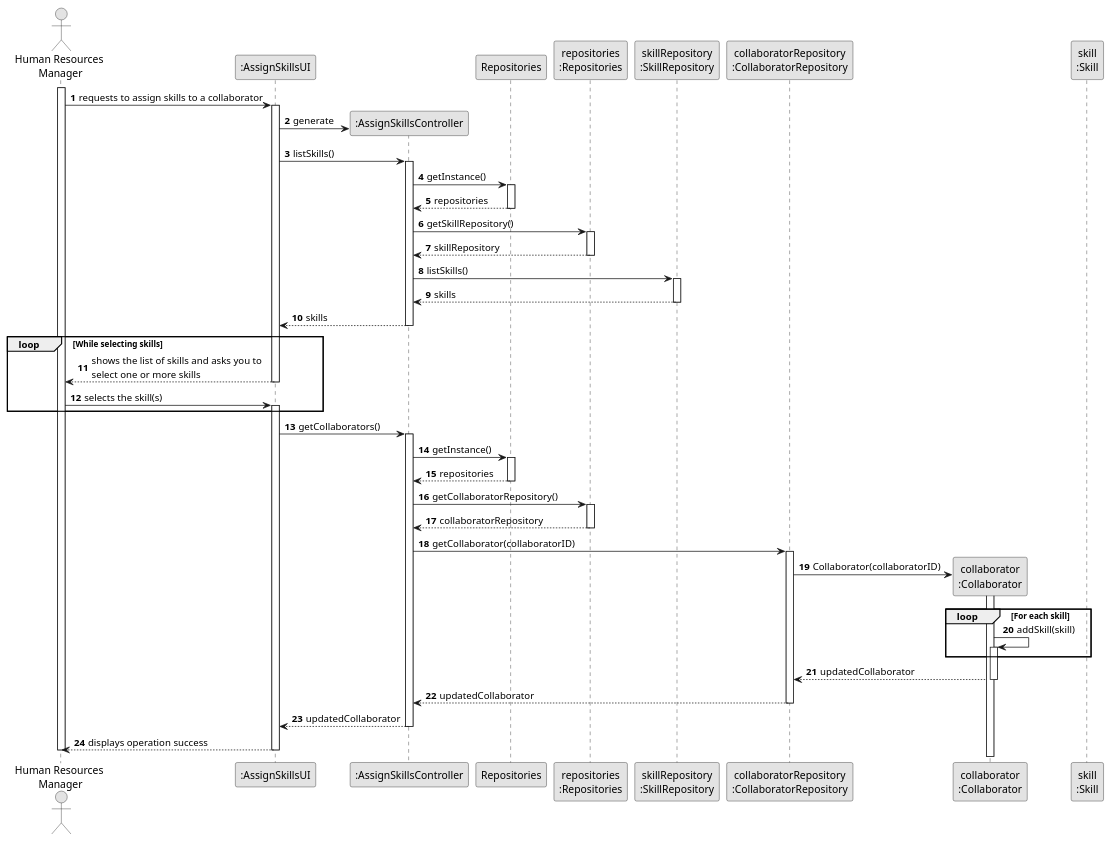
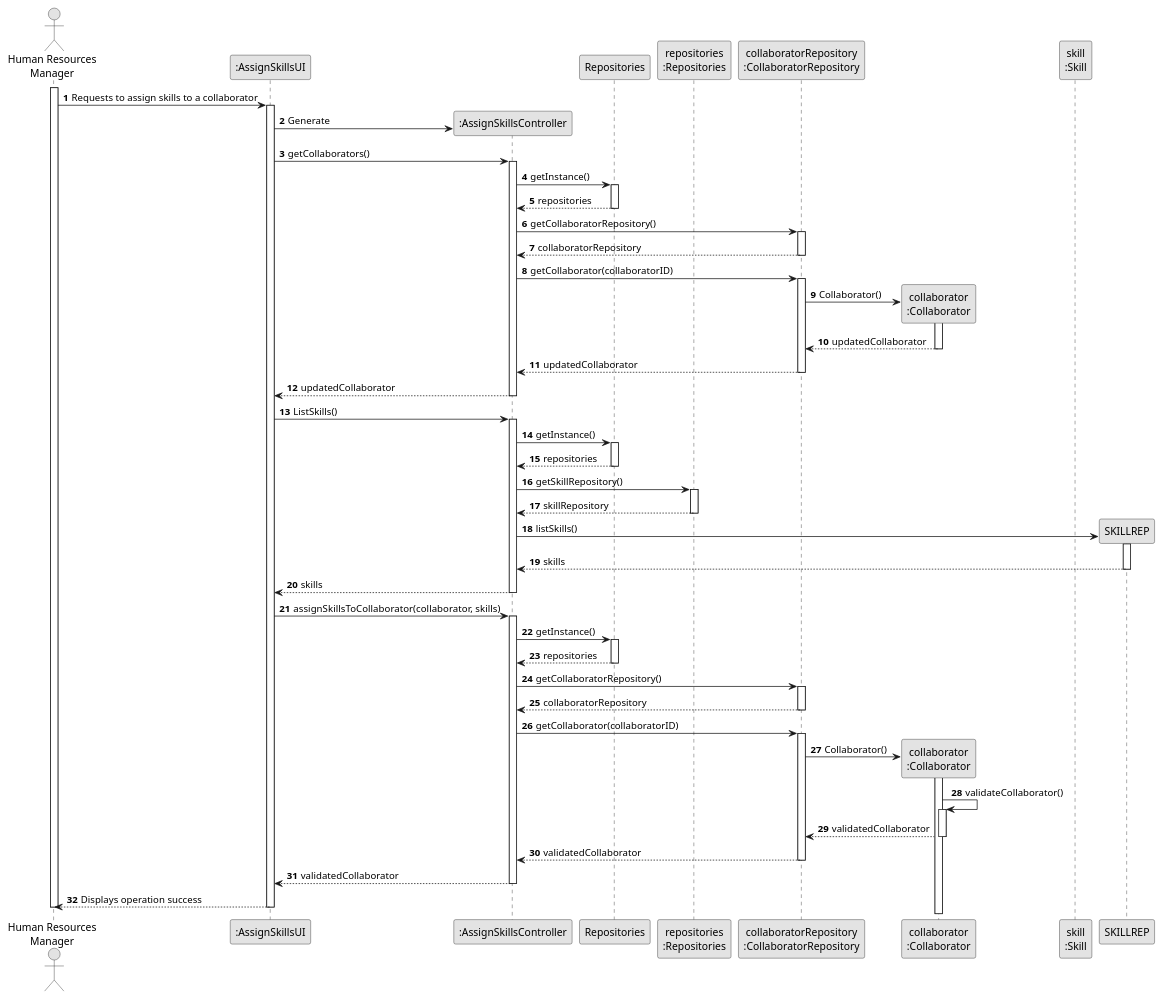
Before and after one commit to diogoveirospro/lei-24-s2-1dg-g072: the diagram in docs/sprintB/us004/03.design/puml/us004-sequence-diagram-full.puml, drawn with PlantUML.

Commit message:
US004 full diagram

```diff
--- a/docs/sprintB/us004/03.design/puml/us004-sequence-diagram-full.puml
+++ b/docs/sprintB/us004/03.design/puml/us004-sequence-diagram-full.puml
@@ -1,96 +1,118 @@
 @startuml
 skinparam monochrome true
 skinparam packageStyle rectangle
 skinparam shadowing false
 
 autonumber
 
-actor "Human Resources\n Manager" as HRM
+actor "Human Resources\nManager" as HRM
 participant ":AssignSkillsUI" as UI
 participant ":AssignSkillsController" as CTRL
 participant Repositories
 participant "repositories\n:Repositories" as REP
-participant "skillRepository\n:SkillRepository" as SKILLREP
 participant "collaboratorRepository\n:CollaboratorRepository" as COLREP
 participant "collaborator\n:Collaborator" as COLLAB
 participant "skill\n:Skill" as SKILL
 
 activate HRM
 
-HRM -> UI : requests to assign skills to a collaborator
+HRM -> UI : Requests to assign skills to a collaborator
 activate UI
 
-UI -> CTRL** : generate
+UI -> CTRL** : Generate
 
-UI -> CTRL : listSkills()
+UI -> CTRL: getCollaborators()
+activate CTRL
+
+CTRL -> Repositories: getInstance()
+activate Repositories
+
+Repositories --> CTRL: repositories
+deactivate Repositories
+
+CTRL -> COLREP: getCollaboratorRepository()
+activate COLREP
+
+COLREP --> CTRL: collaboratorRepository
+deactivate COLREP
+
+CTRL -> COLREP: getCollaborator(collaboratorID)
+activate COLREP
+
+COLREP -> COLLAB**: Collaborator()
+activate COLLAB
+
+COLLAB --> COLREP: updatedCollaborator
+deactivate COLLAB
+
+COLREP --> CTRL: updatedCollaborator
+deactivate COLREP
+
+CTRL --> UI: updatedCollaborator
+deactivate CTRL
+
+UI -> CTRL : ListSkills()
 activate CTRL
 
 CTRL -> Repositories: getInstance()
 activate Repositories
 
 Repositories --> CTRL: repositories
 deactivate Repositories
 
 CTRL -> REP: getSkillRepository()
 activate REP
 
 REP --> CTRL: skillRepository
 deactivate REP
 
-CTRL -> SKILLREP : listSkills()
+CTRL -> SKILLREP** : listSkills()
 activate SKILLREP
 
 SKILLREP --> CTRL : skills
 deactivate SKILLREP
 
 CTRL --> UI : skills
 deactivate CTRL
 
-loop While selecting skills
-    UI --> HRM: shows the list of skills and asks you to \nselect one or more skills
-    deactivate UI
 
-    HRM -> UI: selects the skill(s)
-    activate UI
-end
 
-UI -> CTRL: getCollaborators()
+
+UI -> CTRL: assignSkillsToCollaborator(collaborator, skills)
 activate CTRL
 
 CTRL -> Repositories: getInstance()
 activate Repositories
 
 Repositories --> CTRL: repositories
 deactivate Repositories
 
-CTRL -> REP: getCollaboratorRepository()
-activate REP
+CTRL -> COLREP: getCollaboratorRepository()
+activate COLREP
 
-REP --> CTRL: collaboratorRepository
-deactivate REP
+COLREP --> CTRL: collaboratorRepository
+deactivate COLREP
 
 CTRL -> COLREP: getCollaborator(collaboratorID)
 activate COLREP
 
-COLREP -> COLLAB**: Collaborator(collaboratorID)
+COLREP -> COLLAB**: Collaborator()
 activate COLLAB
 
-loop For each skill
-    COLLAB -> COLLAB: addSkill(skill)
-    activate COLLAB
-end
+COLLAB -> COLLAB: validateCollaborator()
+activate COLLAB
 
-COLLAB --> COLREP: updatedCollaborator
+COLLAB --> COLREP: validatedCollaborator
 deactivate COLLAB
 
-COLREP --> CTRL: updatedCollaborator
+COLREP --> CTRL: validatedCollaborator
 deactivate COLREP
 
-CTRL --> UI: updatedCollaborator
+CTRL --> UI: validatedCollaborator
 deactivate CTRL
 
-UI --> HRM: displays operation success
+UI --> HRM: Displays operation success
 deactivate UI
 
 deactivate HRM
 @enduml
```
